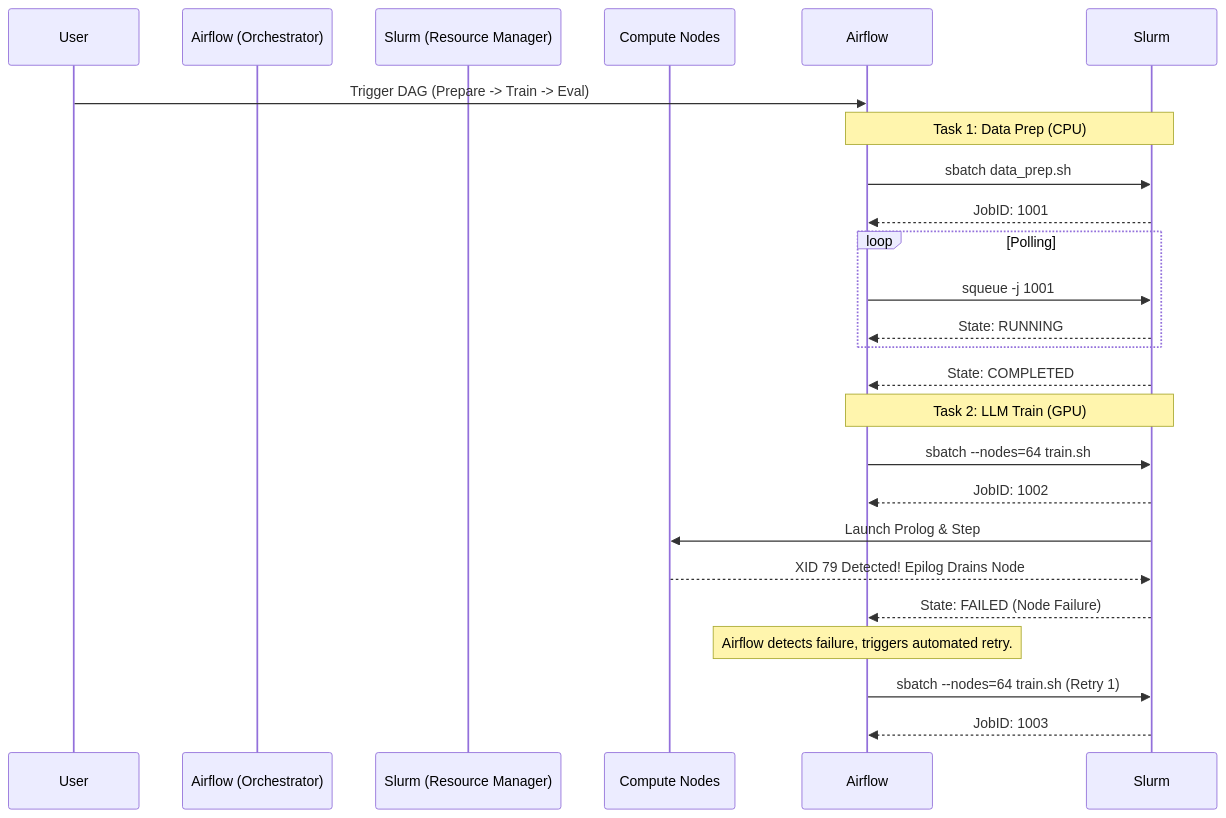
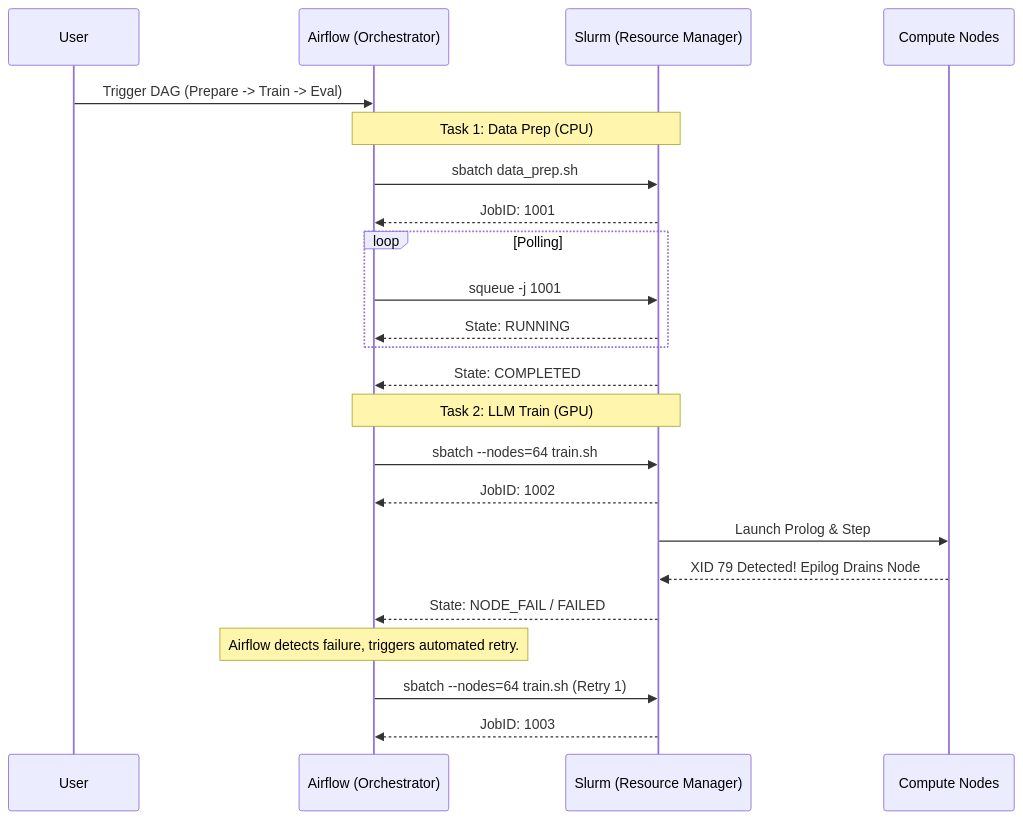
Before and after one commit to jithinpnjm/nvidia-devops: the second of 2 diagrams in docs/volume-10/09-job-provisioning-health-gating-and-workflow-orchestration.md, drawn with Mermaid. The commit also changed other lines of this file and 289 other files, not shown here.

````diff
--- a/docs/volume-10/09-job-provisioning-health-gating-and-workflow-orchestration.md
+++ b/docs/volume-10/09-job-provisioning-health-gating-and-workflow-orchestration.md
@@ -806,29 +812,29 @@
 ```mermaid
 sequenceDiagram
     participant User
-    participant Airflow (Orchestrator)
-    participant Slurm (Resource Manager)
-    participant Compute Nodes
+    participant Airflow as Airflow (Orchestrator)
+    participant Slurm as Slurm (Resource Manager)
+    participant Compute as Compute Nodes
 
     User->>Airflow: Trigger DAG (Prepare -> Train -> Eval)
     
     Note over Airflow, Slurm: Task 1: Data Prep (CPU)
     Airflow->>Slurm: sbatch data_prep.sh
     Slurm-->>Airflow: JobID: 1001
     loop Polling
         Airflow->>Slurm: squeue -j 1001
         Slurm-->>Airflow: State: RUNNING
     end
     Slurm-->>Airflow: State: COMPLETED
     
     Note over Airflow, Slurm: Task 2: LLM Train (GPU)
     Airflow->>Slurm: sbatch --nodes=64 train.sh
     Slurm-->>Airflow: JobID: 1002
-    Slurm->>Compute Nodes: Launch Prolog & Step
-    Compute Nodes-->>Slurm: XID 79 Detected! Epilog Drains Node
-    Slurm-->>Airflow: State: FAILED (Node Failure)
+    Slurm->>Compute: Launch Prolog & Step
+    Compute-->>Slurm: XID 79 Detected! Epilog Drains Node
+    Slurm-->>Airflow: State: NODE_FAIL / FAILED
     
     Note over Airflow: Airflow detects failure, triggers automated retry.
     Airflow->>Slurm: sbatch --nodes=64 train.sh (Retry 1)
     Slurm-->>Airflow: JobID: 1003
 ```
````
